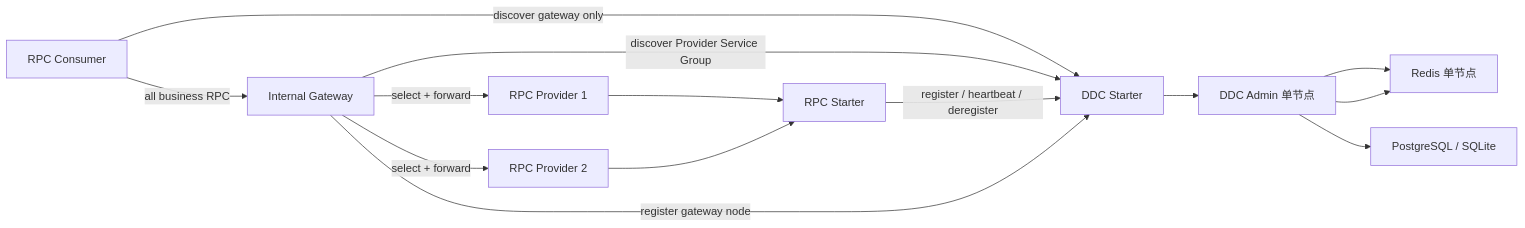
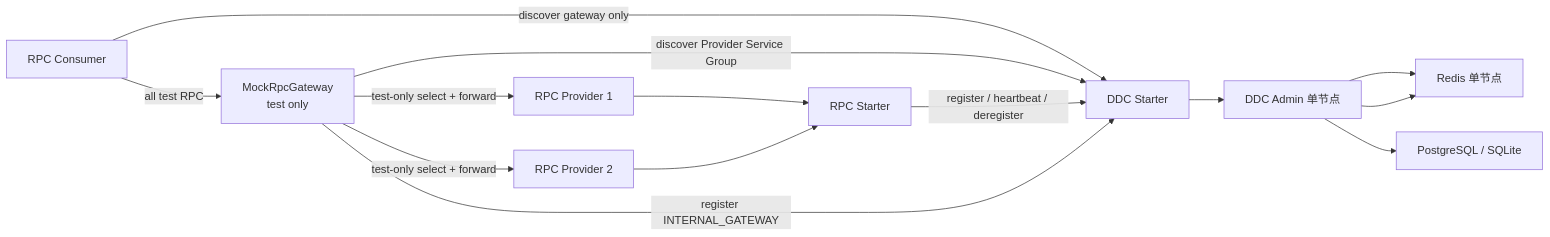
One commit to AllenDEricDAlexander/Egon-COLA changed the first of 2 diagrams in docs/superpowers/specs/2026-07-24-ddc-standalone-rpc-framework-design.md. Above: the diagram before and after it, drawn with Mermaid. The commit also changed other lines of this file and 1 other file, not shown here.

Commit message:
docs: defer production gateway implementation

````diff
--- a/docs/superpowers/specs/2026-07-24-ddc-standalone-rpc-framework-design.md
+++ b/docs/superpowers/specs/2026-07-24-ddc-standalone-rpc-framework-design.md
@@ -156,30 +172,30 @@
 ```mermaid
 flowchart LR
     Consumer["RPC Consumer"]
-    Gateway["Internal Gateway"]
+    MockGateway["MockRpcGateway<br/>test only"]
     Provider1["RPC Provider 1"]
     Provider2["RPC Provider 2"]
     RpcStarter["RPC Starter"]
     DdcStarter["DDC Starter"]
     DdcAdmin["DDC Admin 单节点"]
     Redis["Redis 单节点"]
     Database["PostgreSQL / SQLite"]
 
     Consumer -->|"discover gateway only"| DdcStarter
     DdcStarter --> DdcAdmin
     DdcAdmin --> Redis
 
-    Consumer -->|"all business RPC"| Gateway
-    Gateway -->|"discover Provider Service Group"| DdcStarter
-    Gateway -->|"select + forward"| Provider1
-    Gateway -->|"select + forward"| Provider2
+    Consumer -->|"all test RPC"| MockGateway
+    MockGateway -->|"discover Provider Service Group"| DdcStarter
+    MockGateway -->|"test-only select + forward"| Provider1
+    MockGateway -->|"test-only select + forward"| Provider2
 
     Provider1 --> RpcStarter
     Provider2 --> RpcStarter
     RpcStarter -->|"register / heartbeat / deregister"| DdcStarter
 
-    Gateway -->|"register gateway node"| DdcStarter
+    MockGateway -->|"register INTERNAL_GATEWAY"| DdcStarter
 
     DdcAdmin --> Database
     DdcAdmin --> Redis
 ```
````
